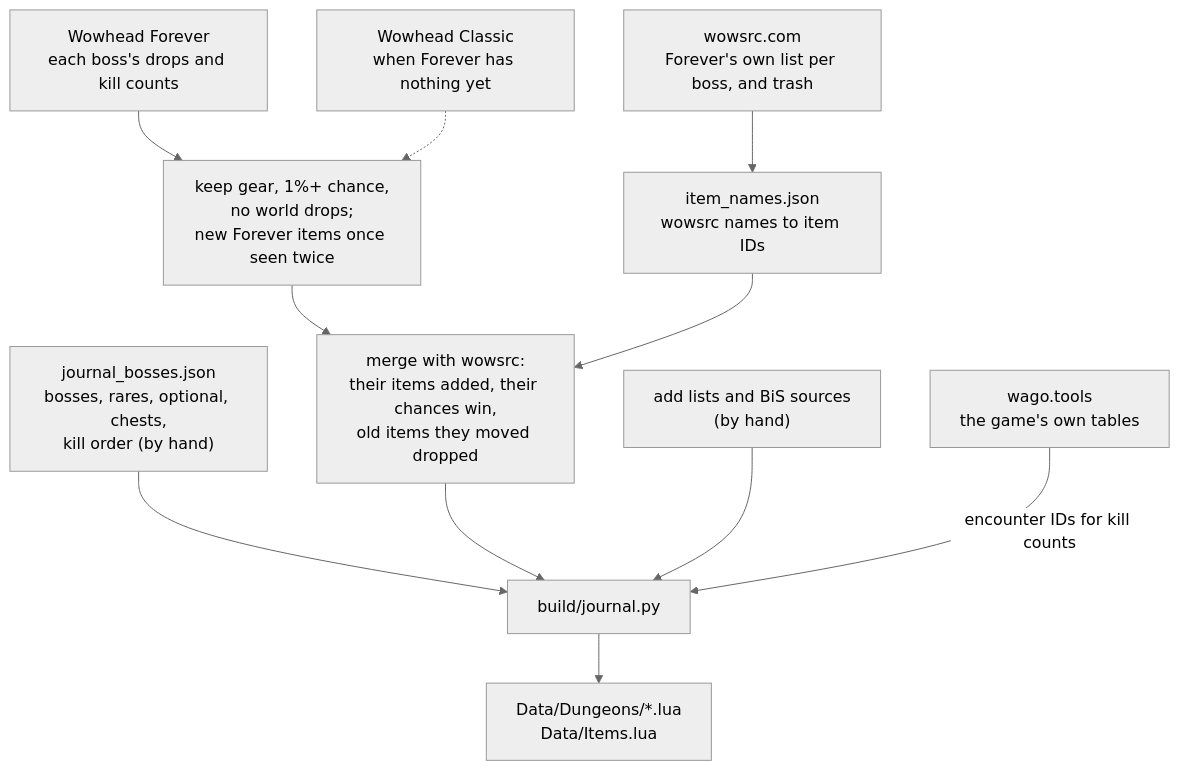
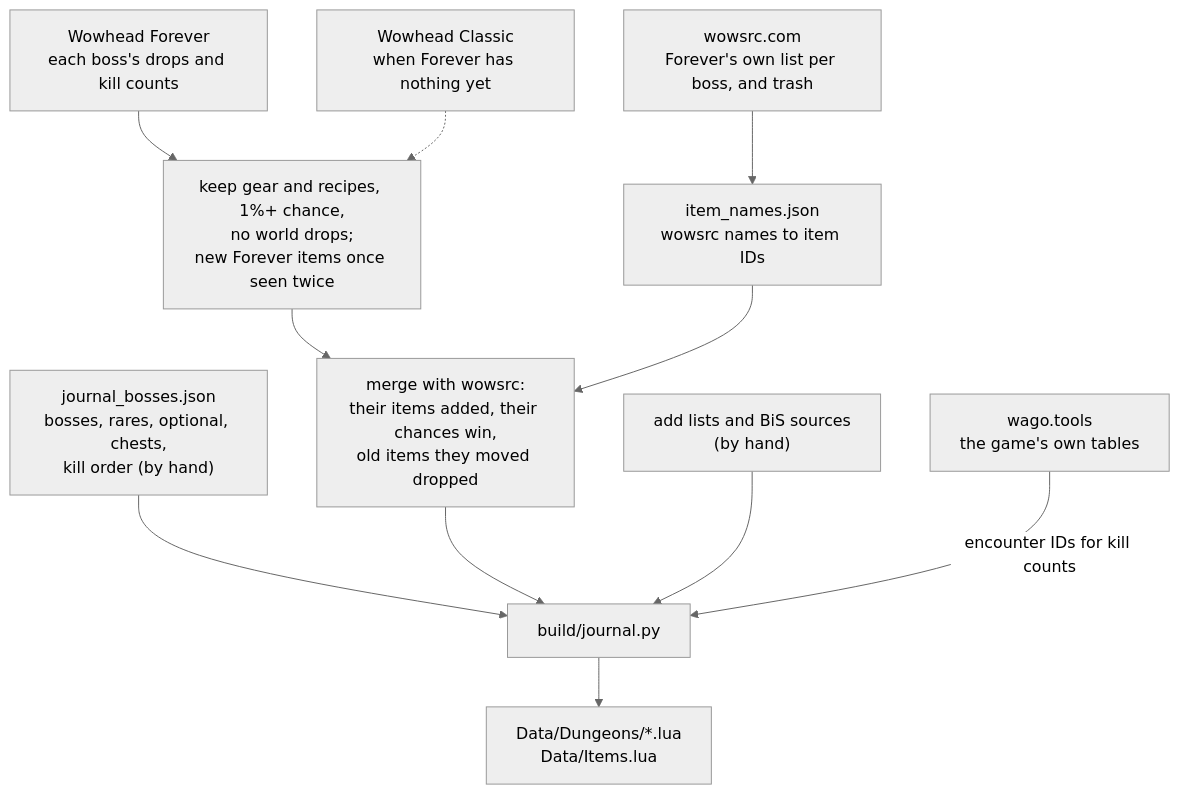
The diagram in NaowhForever_DungeonJournal/README.md (naowh-gaming/NaowhForever), drawn with Mermaid (neutral theme) before and after one commit. The commit also changed other lines of this file and 5 other files, not shown here.

````diff
--- a/NaowhForever_DungeonJournal/README.md
+++ b/NaowhForever_DungeonJournal/README.md
@@ -149,20 +149,20 @@
 ```mermaid
 flowchart TD
     bosses["journal_bosses.json<br/>bosses, rares, optional, chests,<br/>kill order (by hand)"]
     wowhead["Wowhead Forever<br/>each boss's drops and kill counts"]
     classic["Wowhead Classic<br/>when Forever has nothing yet"]
     wowsrc["wowsrc.com<br/>Forever's own list per boss, and trash"]
     names["item_names.json<br/>wowsrc names to item IDs"]
     hand["add lists and BiS sources<br/>(by hand)"]
     wago["wago.tools<br/>the game's own tables"]
 
     bosses --> build
     wowhead --> rules
     classic -.-> rules
-    rules["keep gear, 1%+ chance,<br/>no world drops;<br/>new Forever items once seen twice"] --> merge
+    rules["keep gear and recipes, 1%+ chance,<br/>no world drops;<br/>new Forever items once seen twice"] --> merge
     wowsrc --> names --> merge
     merge["merge with wowsrc:<br/>their items added, their chances win,<br/>old items they moved dropped"] --> build
     hand --> build
     wago -->|"encounter IDs for kill counts"| build
     build["build/journal.py"] --> out["Data/Dungeons/*.lua<br/>Data/Items.lua"]
 ```
````
